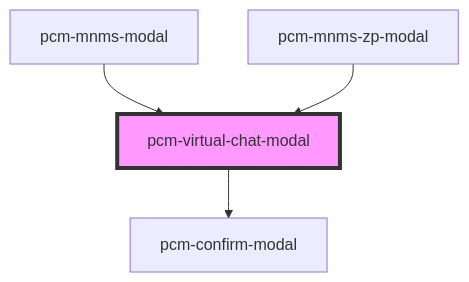
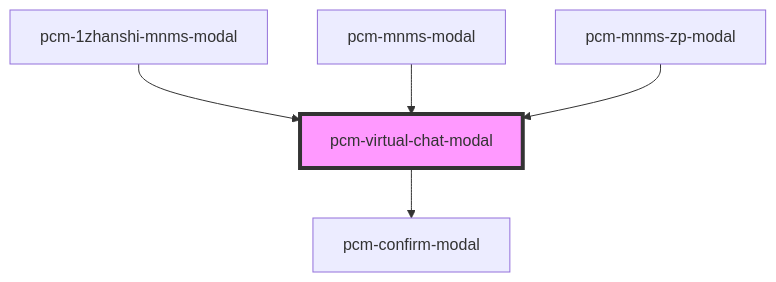
Before and after one commit to Pincaimao/pcm-agents-sdk: the diagram in packages/pcm-agents/docs/components/pcm-virtual-chat-modal/readme.md, drawn with Mermaid. The commit also changed other lines of this file and 9 other files, not shown here.

````diff
--- a/packages/pcm-agents/docs/components/pcm-virtual-chat-modal/readme.md
+++ b/packages/pcm-agents/docs/components/pcm-virtual-chat-modal/readme.md
@@ -47,7 +48,8 @@
 ```mermaid
 graph TD;
   pcm-virtual-chat-modal --> pcm-confirm-modal
+  pcm-1zhanshi-mnms-modal --> pcm-virtual-chat-modal
   pcm-mnms-modal --> pcm-virtual-chat-modal
   pcm-mnms-zp-modal --> pcm-virtual-chat-modal
   style pcm-virtual-chat-modal fill:#f9f,stroke:#333,stroke-width:4px
 ```
````
